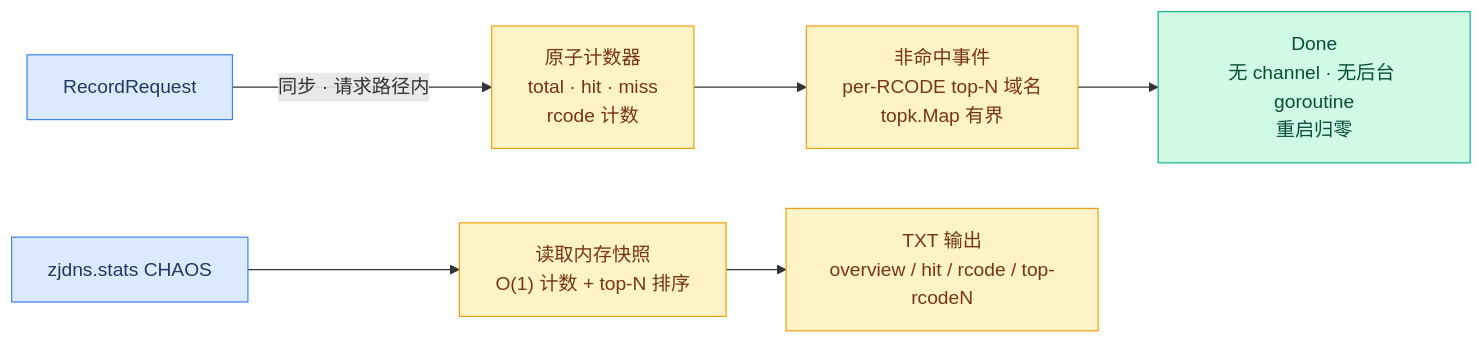
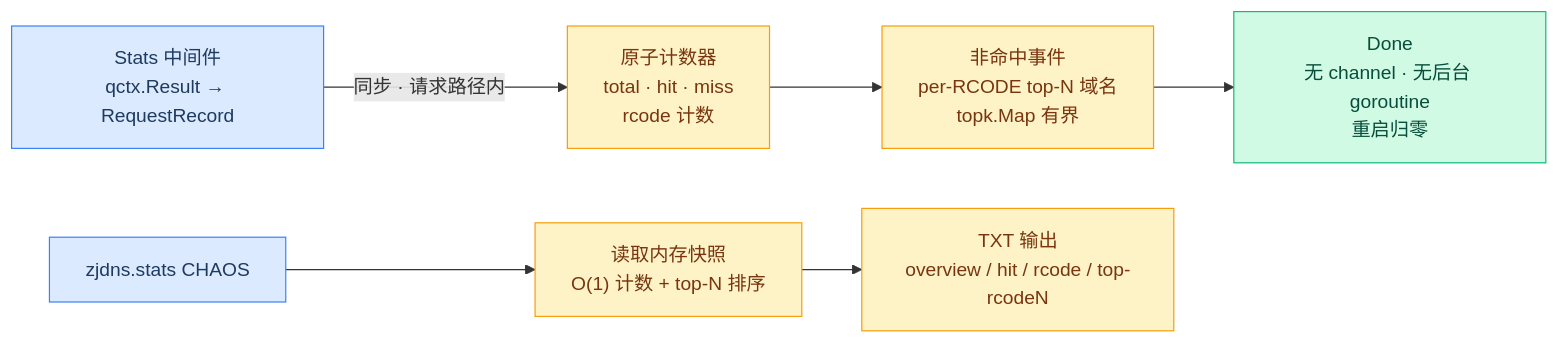
Before and after one commit to hezhijie0327/ZJDNS: diagram 36 of 36 in docs/FLOWCHARTS.md, drawn with Mermaid. The commit also changed other lines of this file and 8 other files, not shown here.

````diff
--- a/docs/FLOWCHARTS.md
+++ b/docs/FLOWCHARTS.md
@@ -1119,14 +1121,14 @@
 ```mermaid
 graph LR
-    REQ[RecordRequest] -->|同步 · 请求路径内| ATOMIC[原子计数器<br/>total · hit · miss<br/>rcode 计数]
+    REQ[Stats 中间件<br/>qctx.Result → RequestRecord] -->|同步 · 请求路径内| ATOMIC[原子计数器<br/>total · hit · miss<br/>rcode 计数]
     ATOMIC --> TOPK[非命中事件<br/>per-RCODE top-N 域名<br/>topk.Map 有界]
     TOPK --> DONE[Done<br/>无 channel · 无后台 goroutine<br/>重启归零]
     QUERY[zjdns.stats CHAOS] --> SNAP["读取内存快照<br/>O(1) 计数 + top-N 排序"]
     SNAP --> TXT[TXT 输出<br/>overview / hit / rcode / top-rcodeN]
     classDef io fill:#dbeafe,stroke:#3b82f6,color:#1e3a5f
     classDef proc fill:#fef3c7,stroke:#f59e0b,color:#78350f
     classDef done fill:#d1fae5,stroke:#10b981,color:#064e3b
     class REQ,QUERY io
     class ATOMIC,TOPK,SNAP,TXT proc
     class DONE done
 ```
````
